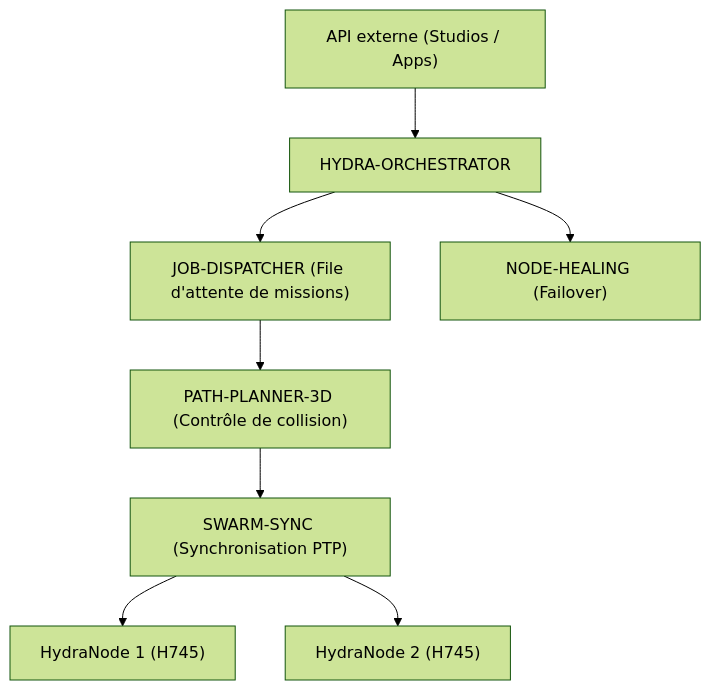
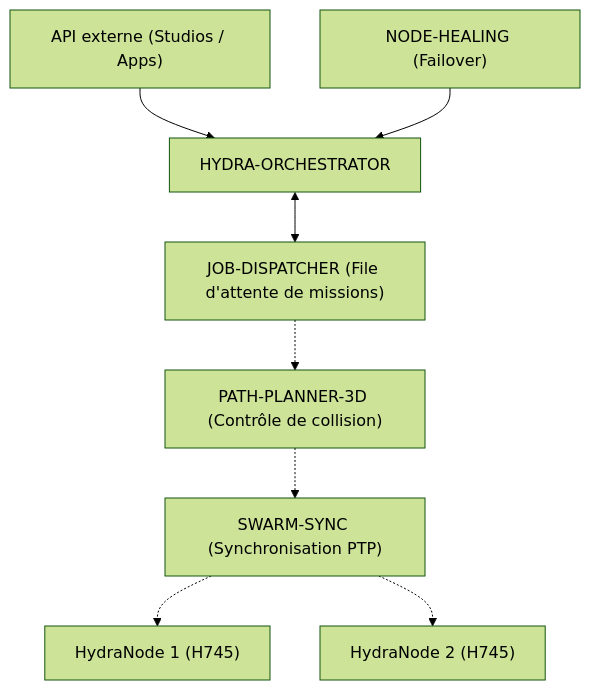
One commit to JuanenRac/HYDRA-UMC-ORCHESTRATOR changed the diagram in README_fra.md. Above: the diagram before and after it, drawn with Mermaid (forest theme). The commit also changed other lines of this file and 17 other files, not shown here.

Commit message:
Close and requeue jobs the way the real JOB-DISPATCHER accepts them, record the close before attempting it, fence late reports after a requeue, serve requests with a worker pool and timeouts, forward routing hints

````diff
--- a/README_fra.md
+++ b/README_fra.md
@@ -42,10 +42,10 @@
 ```mermaid
 flowchart TB
     API["API externe (Studios / Apps)"] --> ORCH["HYDRA-ORCHESTRATOR"]
-    ORCH --> JOB["JOB-DISPATCHER (File d'attente de missions)"]
-    JOB --> PATH["PATH-PLANNER-3D (Contrôle de collision)"]
-    PATH --> SYNC["SWARM-SYNC (Synchronisation PTP)"]
-    SYNC --> NODE1["HydraNode 1 (H745)"]
-    SYNC --> NODE2["HydraNode 2 (H745)"]
-    ORCH --> HEAL["NODE-HEALING (Failover)"]
+    ORCH <--> JOB["JOB-DISPATCHER (File d'attente de missions)"]
+    JOB -.-> PATH["PATH-PLANNER-3D (Contrôle de collision)"]
+    PATH -.-> SYNC["SWARM-SYNC (Synchronisation PTP)"]
+    SYNC -.-> NODE1["HydraNode 1 (H745)"]
+    SYNC -.-> NODE2["HydraNode 2 (H745)"]
+    HEAL["NODE-HEALING (Failover)"] --> ORCH
 ```
````
